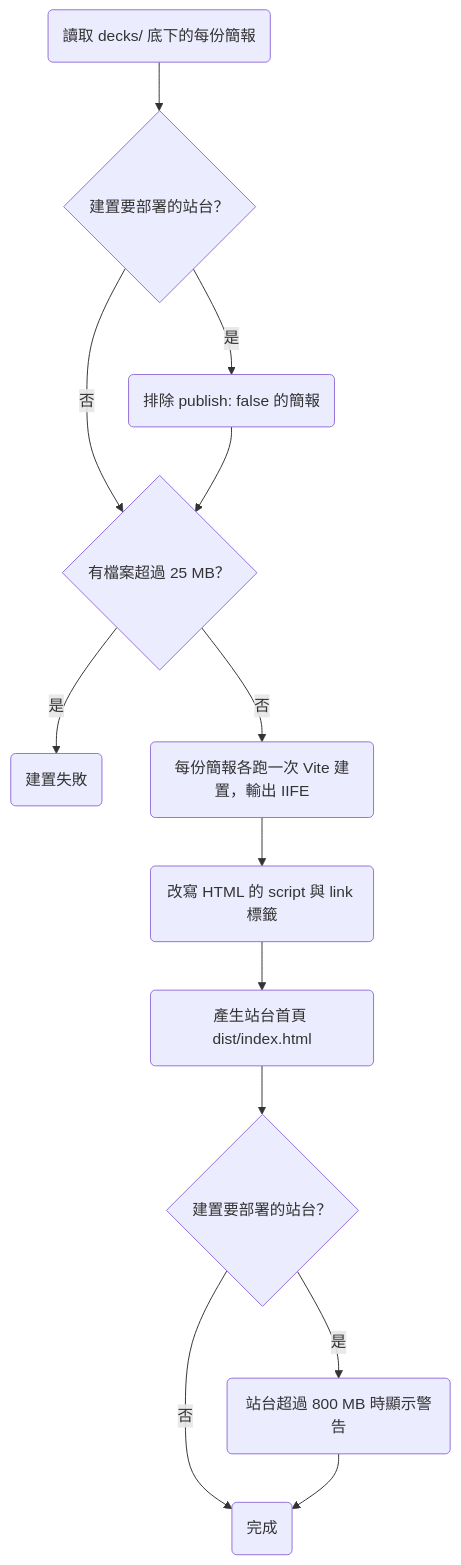
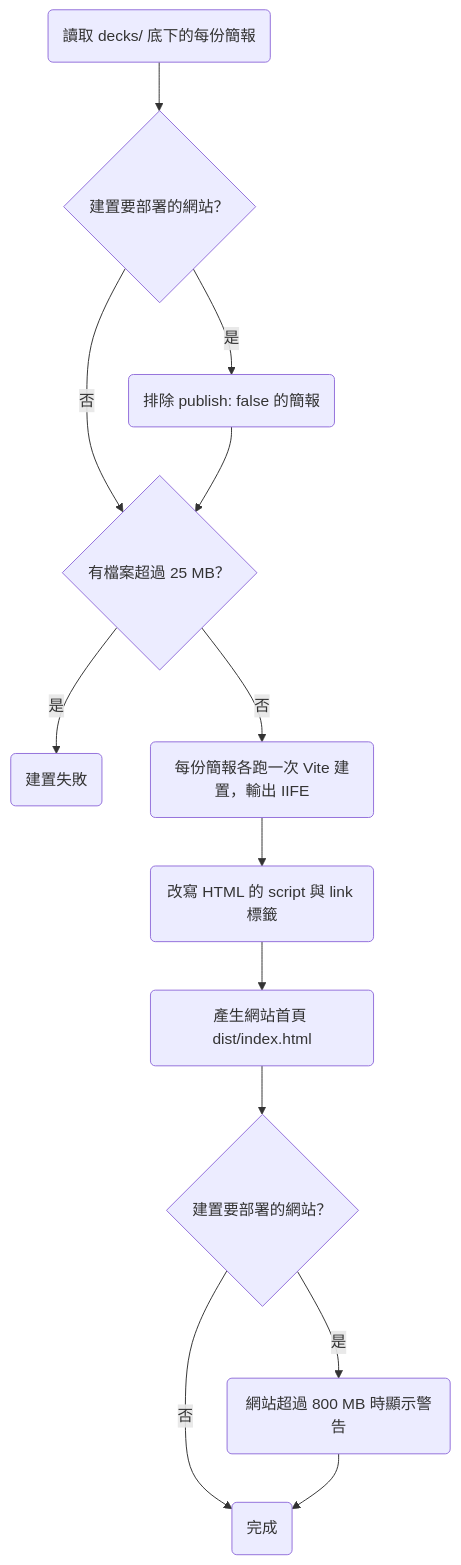
One commit to bingyangchen/diapo changed the diagram in docs/plans/0001-project-foundation.md. Above: the diagram before and after it, drawn with Mermaid. The commit also changed other lines of this file and 1 other file, not shown here.

````diff
--- a/docs/plans/0001-project-foundation.md
+++ b/docs/plans/0001-project-foundation.md
@@ -277,15 +277,15 @@
 ```mermaid
 flowchart TD
-  start("讀取 decks/ 底下的每份簡報") --> deploy1{"建置要部署的站台？"}
+  start("讀取 decks/ 底下的每份簡報") --> deploy1{"建置要部署的網站？"}
   deploy1 -- 是 --> filter("排除 publish: false 的簡報")
   deploy1 -- 否 --> size{"有檔案超過 25 MB？"}
   filter --> size
   size -- 是 --> fail("建置失敗")
   size -- 否 --> vite("每份簡報各跑一次 Vite 建置，輸出 IIFE")
   vite --> rewrite("改寫 HTML 的 script 與 link 標籤")
-  rewrite --> index("產生站台首頁 dist/index.html")
-  index --> deploy2{"建置要部署的站台？"}
-  deploy2 -- 是 --> total("站台超過 800 MB 時顯示警告")
+  rewrite --> index("產生網站首頁 dist/index.html")
+  index --> deploy2{"建置要部署的網站？"}
+  deploy2 -- 是 --> total("網站超過 800 MB 時顯示警告")
   deploy2 -- 否 --> done("完成")
   total --> done
 ```
````
